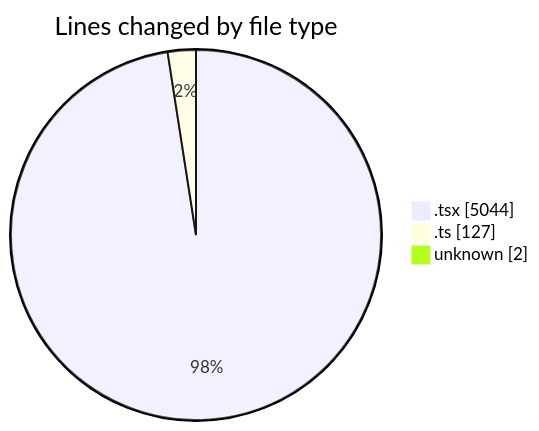
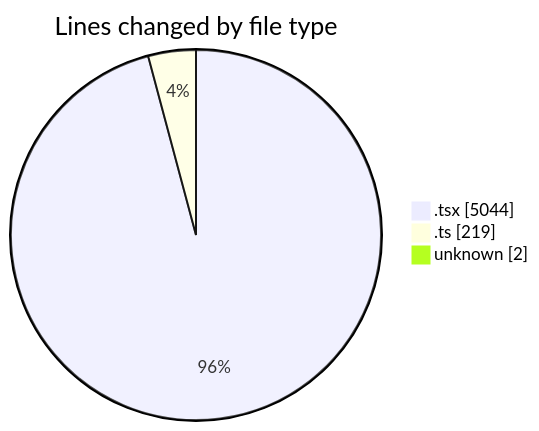
The first of 2 diagrams in 2026-04-09/airfeed-analytics-dashboard/README.md (nxtqubesakshisongat/code-tracking), drawn with Mermaid before and after one commit. The commit also changed other lines of this file and 1 other file, not shown here.

````diff
--- a/2026-04-09/airfeed-analytics-dashboard/README.md
+++ b/2026-04-09/airfeed-analytics-dashboard/README.md
@@ -38,7 +39,7 @@
 ```mermaid
 pie showData
 title Lines changed by file type
 ".tsx" : 5044
-".ts" : 127
+".ts" : 219
 "unknown" : 2
 ```
````
